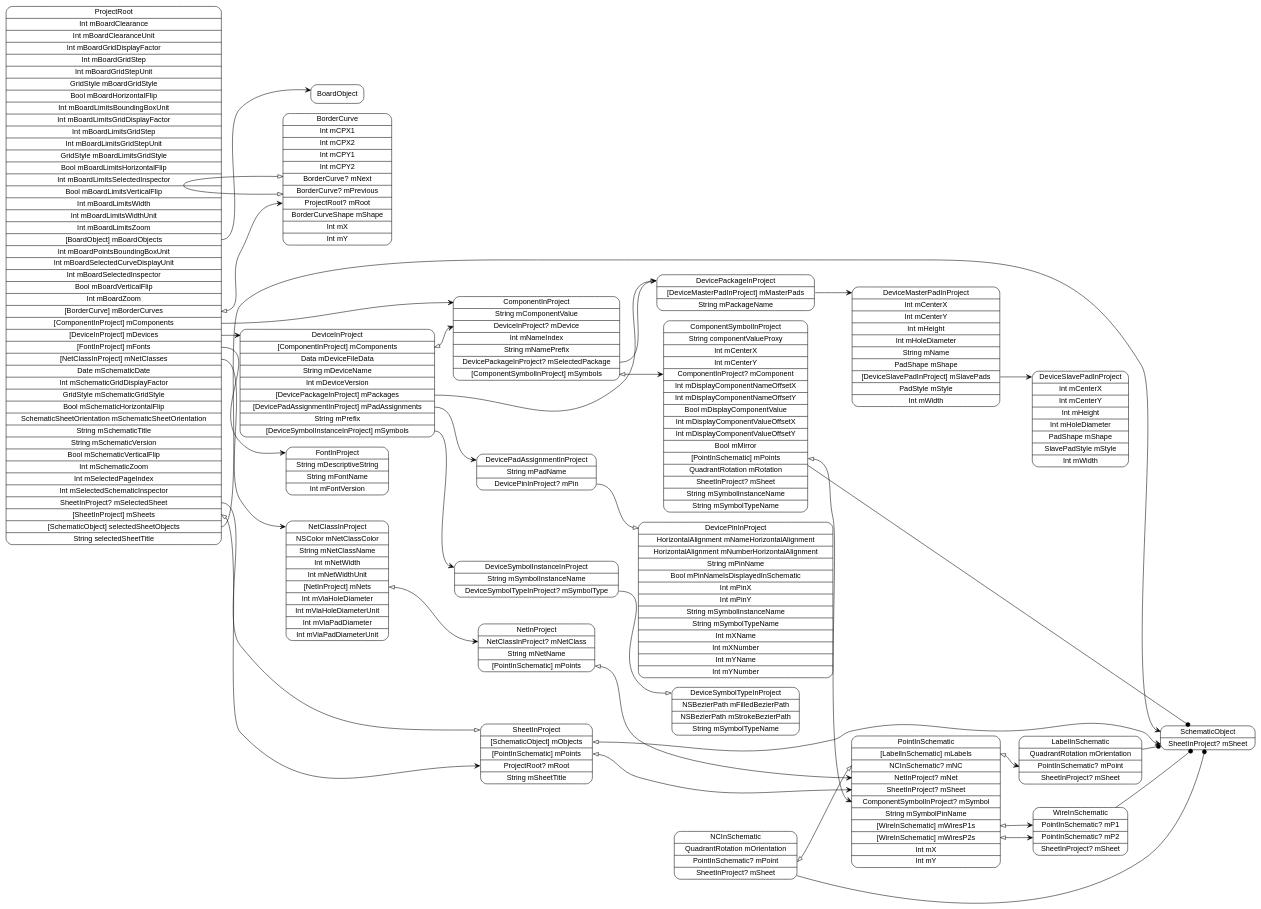
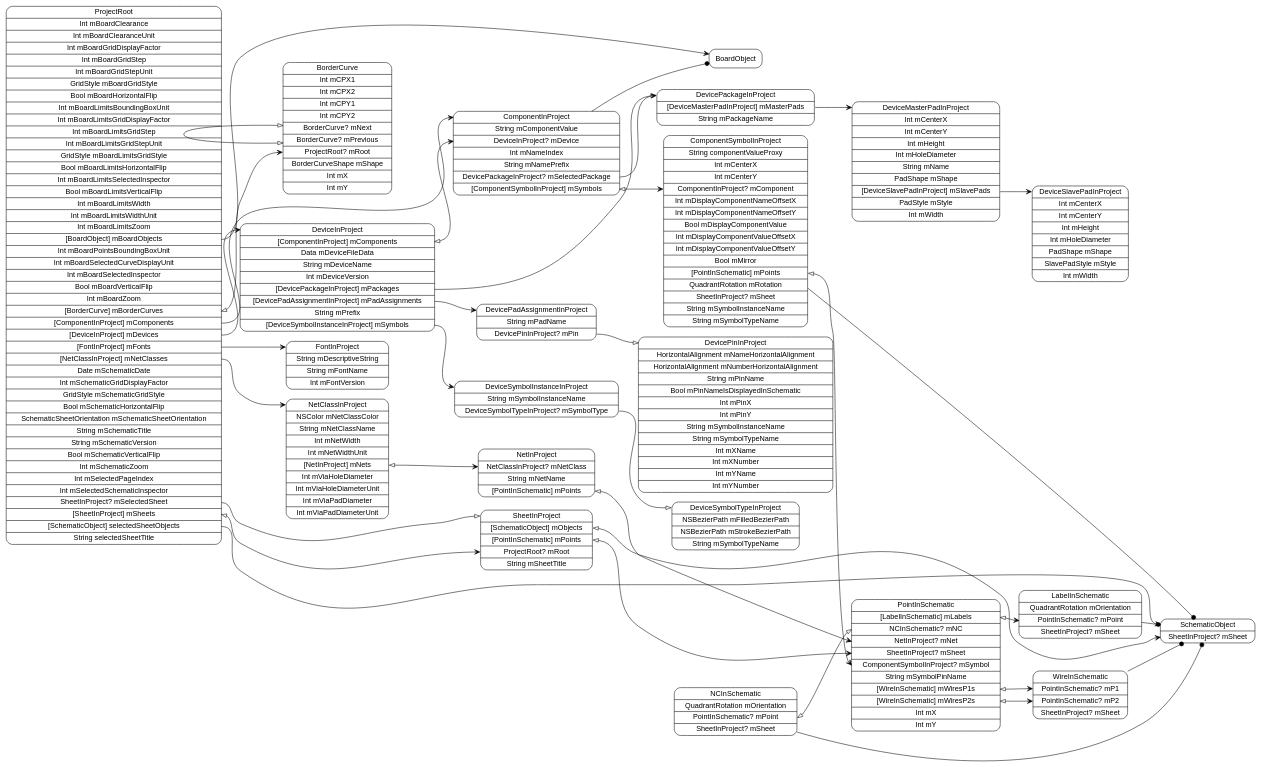
The diagram in models/ProjectRoot.dot (pierremolinaro/ElCanari-dev), drawn with Graphviz before and after one commit. The commit also changed 10 other files, not shown here.

```diff
--- a/models/ProjectRoot.dot
+++ b/models/ProjectRoot.dot
@@ -1,59 +1,60 @@
 digraph G {
   rankdir=LR ;
   node [shape=record fontname=helvetica style=rounded] ;
   ProjectRoot[label="<ProjectRoot>ProjectRoot|Int mBoardClearance|Int mBoardClearanceUnit|Int mBoardGridDisplayFactor|Int mBoardGridStep|Int mBoardGridStepUnit|GridStyle mBoardGridStyle|Bool mBoardHorizontalFlip|Int mBoardLimitsBoundingBoxUnit|Int mBoardLimitsGridDisplayFactor|Int mBoardLimitsGridStep|Int mBoardLimitsGridStepUnit|GridStyle mBoardLimitsGridStyle|Bool mBoardLimitsHorizontalFlip|Int mBoardLimitsSelectedInspector|Bool mBoardLimitsVerticalFlip|Int mBoardLimitsWidth|Int mBoardLimitsWidthUnit|Int mBoardLimitsZoom|<mBoardObjects>[BoardObject] mBoardObjects|Int mBoardPointsBoundingBoxUnit|Int mBoardSelectedCurveDisplayUnit|Int mBoardSelectedInspector|Bool mBoardVerticalFlip|Int mBoardZoom|<mBorderCurves>[BorderCurve] mBorderCurves|<mComponents>[ComponentInProject] mComponents|<mDevices>[DeviceInProject] mDevices|<mFonts>[FontInProject] mFonts|<mNetClasses>[NetClassInProject] mNetClasses|Date mSchematicDate|Int mSchematicGridDisplayFactor|GridStyle mSchematicGridStyle|Bool mSchematicHorizontalFlip|SchematicSheetOrientation mSchematicSheetOrientation|String mSchematicTitle|String mSchematicVersion|Bool mSchematicVerticalFlip|Int mSchematicZoom|Int mSelectedPageIndex|Int mSelectedSchematicInspector|<mSelectedSheet>SheetInProject? mSelectedSheet|<mSheets>[SheetInProject] mSheets|<selectedSheetObjects>[SchematicObject] selectedSheetObjects|String selectedSheetTitle"] ;
   SchematicObject[label="<SchematicObject>SchematicObject|<mSheet>SheetInProject? mSheet"] ;
   SheetInProject[label="<SheetInProject>SheetInProject|<mObjects>[SchematicObject] mObjects|<mPoints>[PointInSchematic] mPoints|<mRoot>ProjectRoot? mRoot|String mSheetTitle"] ;
   PointInSchematic[label="<PointInSchematic>PointInSchematic|<mLabels>[LabelInSchematic] mLabels|<mNC>NCInSchematic? mNC|<mNet>NetInProject? mNet|<mSheet>SheetInProject? mSheet|<mSymbol>ComponentSymbolInProject? mSymbol|String mSymbolPinName|<mWiresP1s>[WireInSchematic] mWiresP1s|<mWiresP2s>[WireInSchematic] mWiresP2s|Int mX|Int mY"] ;
   WireInSchematic[label="<WireInSchematic>WireInSchematic|<mP1>PointInSchematic? mP1|<mP2>PointInSchematic? mP2|<mSheet>SheetInProject? mSheet"] ;
   NCInSchematic[label="<NCInSchematic>NCInSchematic|QuadrantRotation mOrientation|<mPoint>PointInSchematic? mPoint|<mSheet>SheetInProject? mSheet"] ;
   LabelInSchematic[label="<LabelInSchematic>LabelInSchematic|QuadrantRotation mOrientation|<mPoint>PointInSchematic? mPoint|<mSheet>SheetInProject? mSheet"] ;
   NetClassInProject[label="<NetClassInProject>NetClassInProject|NSColor mNetClassColor|String mNetClassName|Int mNetWidth|Int mNetWidthUnit|<mNets>[NetInProject] mNets|Int mViaHoleDiameter|Int mViaHoleDiameterUnit|Int mViaPadDiameter|Int mViaPadDiameterUnit"] ;
   NetInProject[label="<NetInProject>NetInProject|<mNetClass>NetClassInProject? mNetClass|String mNetName|<mPoints>[PointInSchematic] mPoints"] ;
   FontInProject[label="<FontInProject>FontInProject|String mDescriptiveString|String mFontName|Int mFontVersion"] ;
   DeviceInProject[label="<DeviceInProject>DeviceInProject|<mComponents>[ComponentInProject] mComponents|Data mDeviceFileData|String mDeviceName|Int mDeviceVersion|<mPackages>[DevicePackageInProject] mPackages|<mPadAssignments>[DevicePadAssignmentInProject] mPadAssignments|String mPrefix|<mSymbols>[DeviceSymbolInstanceInProject] mSymbols"] ;
   DeviceSymbolInstanceInProject[label="<DeviceSymbolInstanceInProject>DeviceSymbolInstanceInProject|String mSymbolInstanceName|<mSymbolType>DeviceSymbolTypeInProject? mSymbolType"] ;
   DeviceSymbolTypeInProject[label="<DeviceSymbolTypeInProject>DeviceSymbolTypeInProject|NSBezierPath mFilledBezierPath|NSBezierPath mStrokeBezierPath|String mSymbolTypeName"] ;
   DevicePadAssignmentInProject[label="<DevicePadAssignmentInProject>DevicePadAssignmentInProject|String mPadName|<mPin>DevicePinInProject? mPin"] ;
   DevicePinInProject[label="<DevicePinInProject>DevicePinInProject|HorizontalAlignment mNameHorizontalAlignment|HorizontalAlignment mNumberHorizontalAlignment|String mPinName|Bool mPinNameIsDisplayedInSchematic|Int mPinX|Int mPinY|String mSymbolInstanceName|String mSymbolTypeName|Int mXName|Int mXNumber|Int mYName|Int mYNumber"] ;
   DevicePackageInProject[label="<DevicePackageInProject>DevicePackageInProject|<mMasterPads>[DeviceMasterPadInProject] mMasterPads|String mPackageName"] ;
   DeviceMasterPadInProject[label="<DeviceMasterPadInProject>DeviceMasterPadInProject|Int mCenterX|Int mCenterY|Int mHeight|Int mHoleDiameter|String mName|PadShape mShape|<mSlavePads>[DeviceSlavePadInProject] mSlavePads|PadStyle mStyle|Int mWidth"] ;
   DeviceSlavePadInProject[label="<DeviceSlavePadInProject>DeviceSlavePadInProject|Int mCenterX|Int mCenterY|Int mHeight|Int mHoleDiameter|PadShape mShape|SlavePadStyle mStyle|Int mWidth"] ;
   ComponentInProject[label="<ComponentInProject>ComponentInProject|String mComponentValue|<mDevice>DeviceInProject? mDevice|Int mNameIndex|String mNamePrefix|<mSelectedPackage>DevicePackageInProject? mSelectedPackage|<mSymbols>[ComponentSymbolInProject] mSymbols"] ;
   ComponentSymbolInProject[label="<ComponentSymbolInProject>ComponentSymbolInProject|String componentValueProxy|Int mCenterX|Int mCenterY|<mComponent>ComponentInProject? mComponent|Int mDisplayComponentNameOffsetX|Int mDisplayComponentNameOffsetY|Bool mDisplayComponentValue|Int mDisplayComponentValueOffsetX|Int mDisplayComponentValueOffsetY|Bool mMirror|<mPoints>[PointInSchematic] mPoints|QuadrantRotation mRotation|<mSheet>SheetInProject? mSheet|String mSymbolInstanceName|String mSymbolTypeName"] ;
   BorderCurve[label="<BorderCurve>BorderCurve|Int mCPX1|Int mCPX2|Int mCPY1|Int mCPY2|<mNext>BorderCurve? mNext|<mPrevious>BorderCurve? mPrevious|<mRoot>ProjectRoot? mRoot|BorderCurveShape mShape|Int mX|Int mY"] ;
   BoardObject[label="<BoardObject>BoardObject"] ;
   ProjectRoot:mBoardObjects -> BoardObject:BoardObject [dir=both arrowtail=none arrowhead=vee] ;
   ProjectRoot:mBorderCurves -> BorderCurve:mRoot [dir=both arrowtail=onormal arrowhead=vee] ;
   ProjectRoot:mComponents -> ComponentInProject:ComponentInProject [dir=both arrowtail=none arrowhead=vee] ;
   ProjectRoot:mDevices -> DeviceInProject:DeviceInProject [dir=both arrowtail=none arrowhead=vee] ;
   ProjectRoot:mFonts -> FontInProject:FontInProject [dir=both arrowtail=none arrowhead=vee] ;
   ProjectRoot:mNetClasses -> NetClassInProject:NetClassInProject [dir=both arrowtail=none arrowhead=vee] ;
   ProjectRoot:mSelectedSheet -> SheetInProject:SheetInProject [dir=both arrowtail=none arrowhead=onormal] ;
   ProjectRoot:mSheets -> SheetInProject:mRoot [dir=both arrowtail=onormal arrowhead=vee] ;
   ProjectRoot:selectedSheetObjects -> SchematicObject:SchematicObject [dir=both arrowtail=none arrowhead=vee] ;
   SheetInProject:mObjects -> SchematicObject:mSheet [dir=both arrowtail=onormal arrowhead=vee] ;
   SheetInProject:mPoints -> PointInSchematic:mSheet [dir=both arrowtail=onormal arrowhead=vee] ;
   PointInSchematic:mLabels -> LabelInSchematic:mPoint [dir=both arrowtail=onormal arrowhead=vee] ;
   PointInSchematic:mWiresP1s -> WireInSchematic:mP1 [dir=both arrowtail=onormal arrowhead=vee] ;
   PointInSchematic:mWiresP2s -> WireInSchematic:mP2 [dir=both arrowtail=onormal arrowhead=vee] ;
   WireInSchematic -> SchematicObject [arrowhead=dot] ;
   NCInSchematic -> SchematicObject [arrowhead=dot] ;
   NCInSchematic:mPoint -> PointInSchematic:mNC [dir=both arrowtail=onormal arrowhead=onormal] ;
   LabelInSchematic -> SchematicObject [arrowhead=dot] ;
   NetClassInProject:mNets -> NetInProject:mNetClass [dir=both arrowtail=onormal arrowhead=vee] ;
   NetInProject:mPoints -> PointInSchematic:mNet [dir=both arrowtail=onormal arrowhead=vee] ;
   DeviceInProject:mComponents -> ComponentInProject:mDevice [dir=both arrowtail=onormal arrowhead=vee] ;
   DeviceInProject:mPackages -> DevicePackageInProject:DevicePackageInProject [dir=both arrowtail=none arrowhead=vee] ;
   DeviceInProject:mPadAssignments -> DevicePadAssignmentInProject:DevicePadAssignmentInProject [dir=both arrowtail=none arrowhead=vee] ;
   DeviceInProject:mSymbols -> DeviceSymbolInstanceInProject:DeviceSymbolInstanceInProject [dir=both arrowtail=none arrowhead=vee] ;
   DeviceSymbolInstanceInProject:mSymbolType -> DeviceSymbolTypeInProject:DeviceSymbolTypeInProject [dir=both arrowtail=none arrowhead=onormal] ;
   DevicePadAssignmentInProject:mPin -> DevicePinInProject:DevicePinInProject [dir=both arrowtail=none arrowhead=onormal] ;
   DevicePackageInProject:mMasterPads -> DeviceMasterPadInProject:DeviceMasterPadInProject [dir=both arrowtail=none arrowhead=vee] ;
   DeviceMasterPadInProject:mSlavePads -> DeviceSlavePadInProject:DeviceSlavePadInProject [dir=both arrowtail=none arrowhead=vee] ;
+  ComponentInProject -> BoardObject [arrowhead=dot] ;
   ComponentInProject:mSelectedPackage -> DevicePackageInProject:DevicePackageInProject [dir=both arrowtail=none arrowhead=onormal] ;
   ComponentInProject:mSymbols -> ComponentSymbolInProject:mComponent [dir=both arrowtail=onormal arrowhead=vee] ;
   ComponentSymbolInProject -> SchematicObject [arrowhead=dot] ;
   ComponentSymbolInProject:mPoints -> PointInSchematic:mSymbol [dir=both arrowtail=onormal arrowhead=vee] ;
   BorderCurve:mPrevious -> BorderCurve:mNext [dir=both arrowtail=onormal arrowhead=onormal] ;
 }
```
